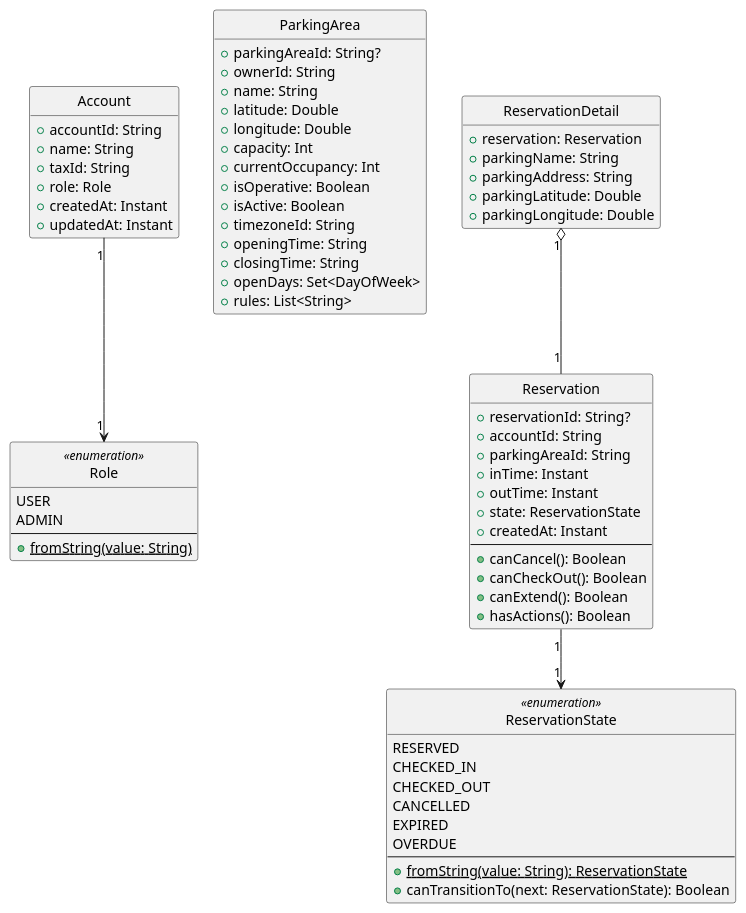
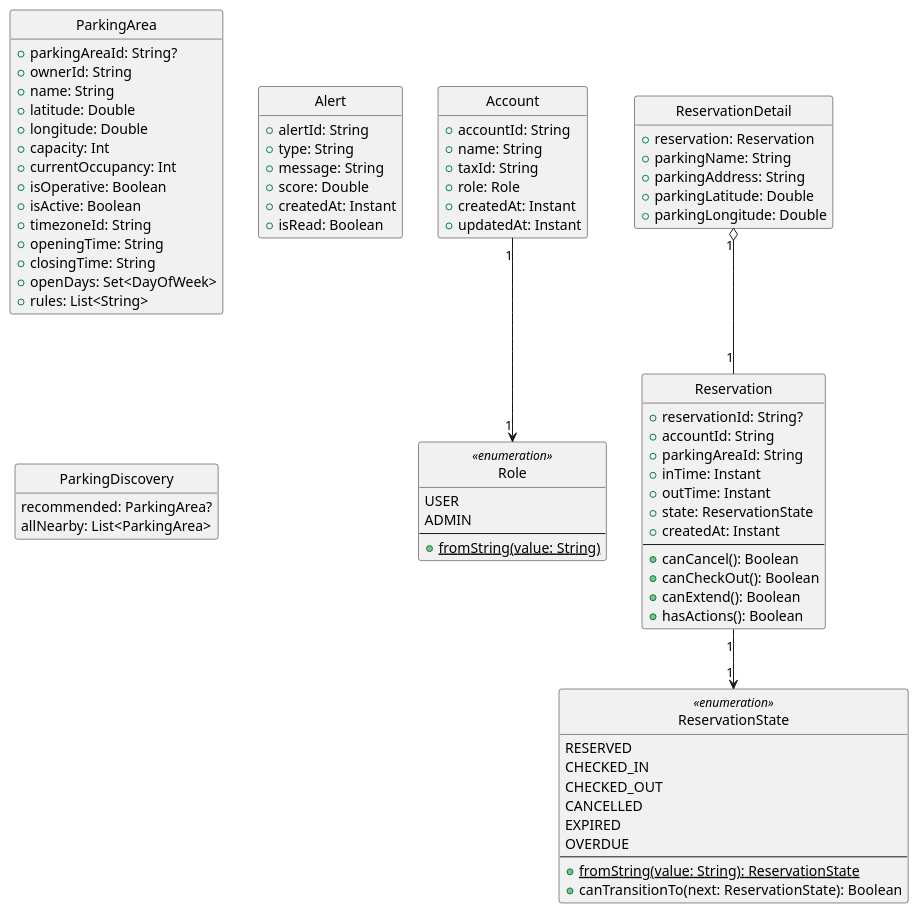
One commit to mmmatanza/BikeParkingApp changed the diagram in docs/diseño/Diagramas de clases/Entidades de dominio.puml. Above: the diagram before and after it, drawn with PlantUML. The commit also changed 9 other files, not shown here.

Commit message:
Añadidos diagramas de UI, datos, clases y actividad

```diff
--- a/docs/diseño/Diagramas de clases/Entidades de dominio.puml
+++ b/docs/diseño/Diagramas de clases/Entidades de dominio.puml
@@ -1,76 +1,90 @@
 @startuml domain_entities
 skinparam style strictuml
 skinparam linetype ortho
 hide empty members
 
 class Account {
     + accountId: String
     + name: String
     + taxId: String
     + role: Role
     + createdAt: Instant
     + updatedAt: Instant
 }
 
 enum Role <<enumeration>> {
     USER
     ADMIN
     --
     {static} + fromString(value: String)
 }
 
 class ParkingArea {
     + parkingAreaId: String?
     + ownerId: String
     + name: String
     + latitude: Double
     + longitude: Double
     + capacity: Int
     + currentOccupancy: Int
     + isOperative: Boolean
     + isActive: Boolean
     + timezoneId: String
     + openingTime: String
     + closingTime: String
     + openDays: Set<DayOfWeek>
     + rules: List<String>
 }
 class Reservation {
     + reservationId: String?
     + accountId: String
     + parkingAreaId: String
     + inTime: Instant
     + outTime: Instant
     + state: ReservationState
     + createdAt: Instant
     --
     + canCancel(): Boolean
     + canCheckOut(): Boolean
     + canExtend(): Boolean
     + hasActions(): Boolean
 }
 
 enum ReservationState <<enumeration>> {
     RESERVED
     CHECKED_IN
     CHECKED_OUT
     CANCELLED
     EXPIRED
     OVERDUE
     --
     {static} + fromString(value: String): ReservationState
     + canTransitionTo(next: ReservationState): Boolean
 }
 
 class ReservationDetail {
     + reservation: Reservation
     + parkingName: String
     + parkingAddress: String
     + parkingLatitude: Double
     + parkingLongitude: Double
 }
 
+class Alert {
+    + alertId: String
+    + type: String
+    + message: String
+    + score: Double
+    + createdAt: Instant
+    + isRead: Boolean
+}
+
+class ParkingDiscovery{
+    recommended: ParkingArea?
+    allNearby: List<ParkingArea>
+}
+
 Account "1" --> "1" Role
 Reservation "1" --> "1" ReservationState
 ReservationDetail "1" o-- "1" Reservation
 @enduml
```
